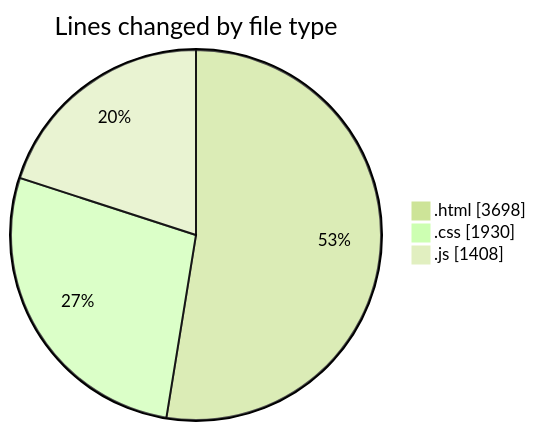
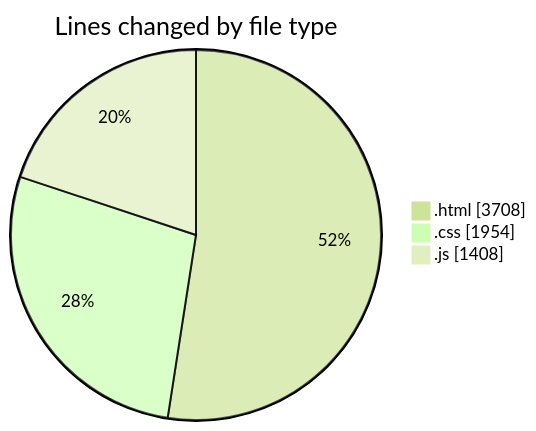
One commit to Ritupan-Deka/code-tracking changed the first of 2 diagrams in 2025-05-24/projects/README.md. Above: the diagram before and after it, drawn with Mermaid (forest theme). The commit also changed other lines of this file and 1 other file, not shown here.

````diff
--- a/2025-05-24/projects/README.md
+++ b/2025-05-24/projects/README.md
@@ -23,7 +23,7 @@
 ```mermaid
 pie showData
 title Lines changed by file type
-".html" : 3698
-".css" : 1930
+".html" : 3708
+".css" : 1954
 ".js" : 1408
 ```
````
